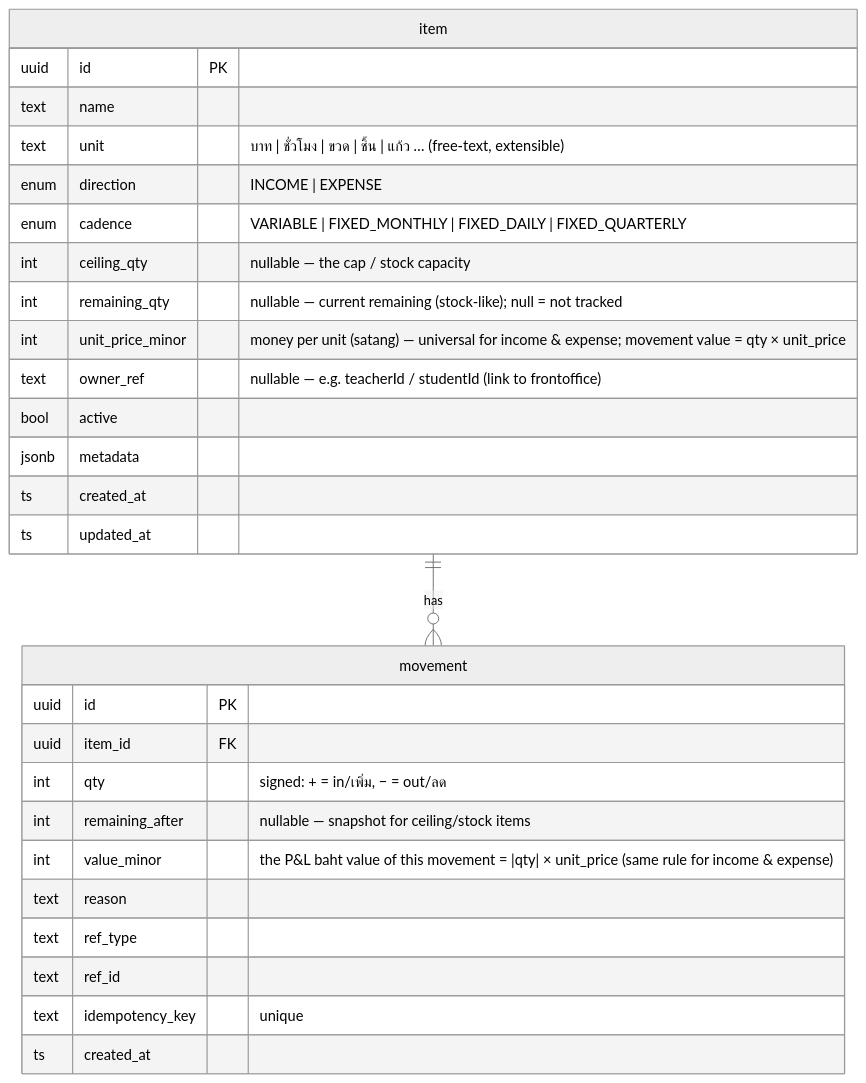
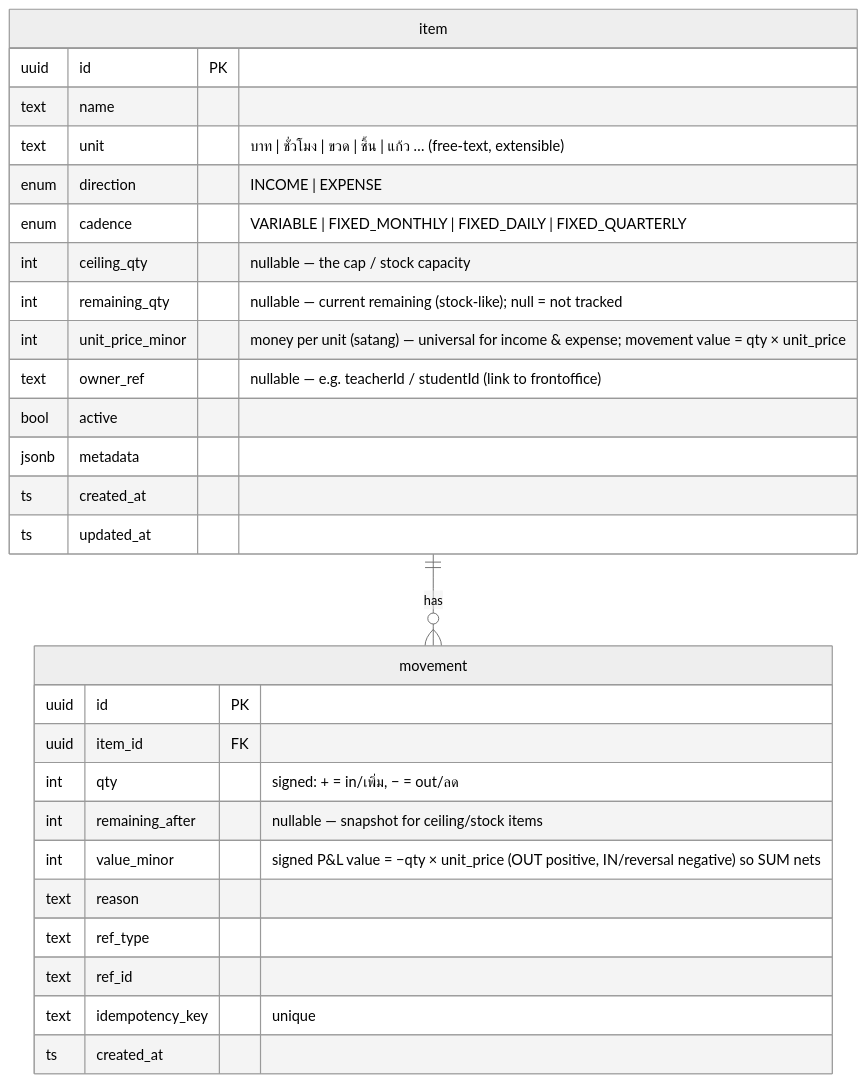
The diagram in smart-scheduler/ai-worker/db-design-REQ-006.md (develyst1/ai-agent-workspace), drawn with Mermaid (neutral theme) before and after one commit. The commit also changed other lines of this file and 10 other files, not shown here.

````diff
--- a/smart-scheduler/ai-worker/db-design-REQ-006.md
+++ b/smart-scheduler/ai-worker/db-design-REQ-006.md
@@ -67,31 +67,31 @@
 ```mermaid
 erDiagram
   item ||--o{ movement : has
   item {
     uuid   id PK
     text   name
     text   unit            "บาท | ชั่วโมง | ขวด | ชิ้น | แก้ว … (free-text, extensible)"
     enum   direction       "INCOME | EXPENSE"
     enum   cadence         "VARIABLE | FIXED_MONTHLY | FIXED_DAILY | FIXED_QUARTERLY"
     int    ceiling_qty     "nullable — the cap / stock capacity"
     int    remaining_qty   "nullable — current remaining (stock-like); null = not tracked"
     int    unit_price_minor "money per unit (satang) — universal for income & expense; movement value = qty × unit_price"
     text   owner_ref       "nullable — e.g. teacherId / studentId (link to frontoffice)"
     bool   active
     jsonb  metadata
     ts     created_at
     ts     updated_at
   }
   movement {
     uuid   id PK
     uuid   item_id FK
     int    qty             "signed: + = in/เพิ่ม, − = out/ลด"
     int    remaining_after "nullable — snapshot for ceiling/stock items"
-    int    value_minor     "the P&L baht value of this movement = |qty| × unit_price (same rule for income & expense)"
+    int    value_minor     "signed P&L value = −qty × unit_price (OUT positive, IN/reversal negative) so SUM nets"
     text   reason
     text   ref_type
     text   ref_id
     text   idempotency_key "unique"
     ts     created_at
   }
 ```
````
